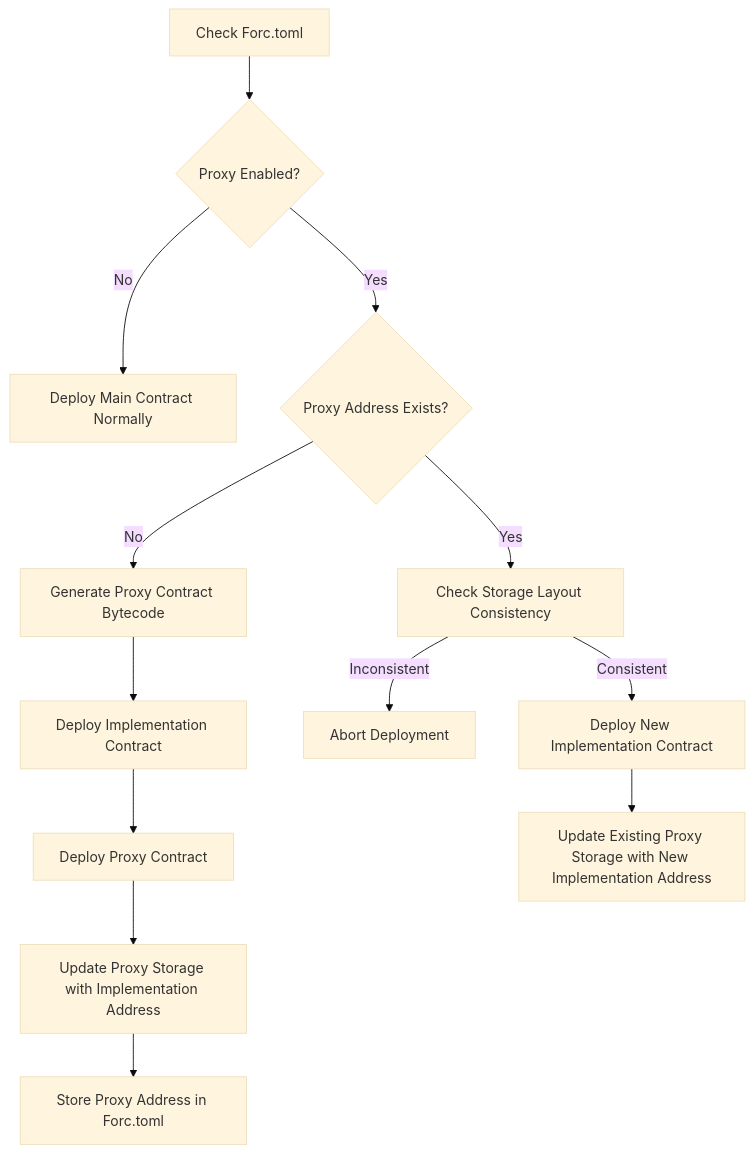
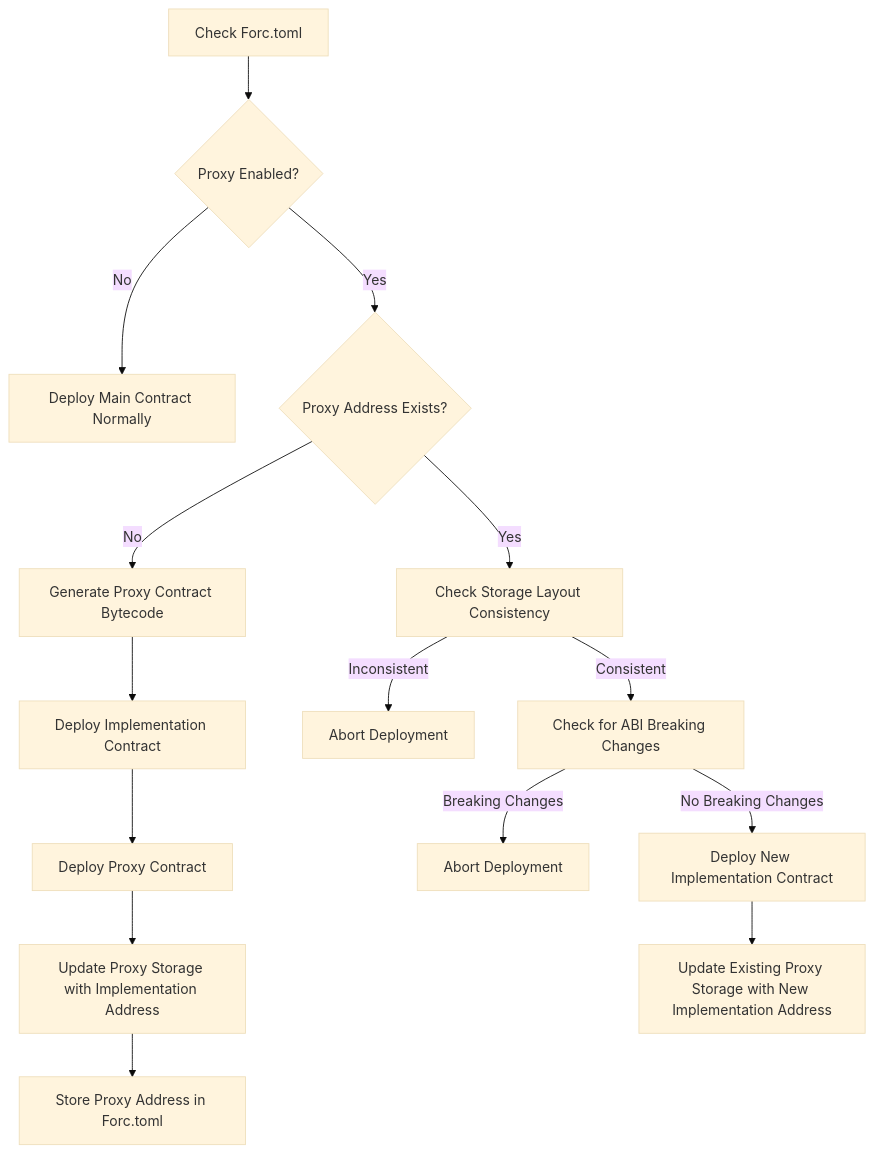
Before and after one commit to FuelLabs/sway-rfcs: the diagram in rfcs/0013-contract-proxies.md, drawn with Mermaid (base theme). The commit also changed other lines of this file, not shown here.

Commit message:
Check for breaking changes in the ABI

````diff
--- a/rfcs/0013-contract-proxies.md
+++ b/rfcs/0013-contract-proxies.md
@@ -57,15 +58,17 @@
 ```mermaid
 graph TD
     A[Check Forc.toml] --> B{Proxy Enabled?}
     B -- No --> C[Deploy Main Contract Normally]
     B -- Yes --> D{Proxy Address Exists?}
     D -- No --> E[Generate Proxy Contract Bytecode]
     E --> F[Deploy Implementation Contract]
     F --> G[Deploy Proxy Contract]
     G --> H[Update Proxy Storage with Implementation Address]
     H --> I[Store Proxy Address in Forc.toml]
     D -- Yes --> J[Check Storage Layout Consistency]
     J -- Inconsistent --> X[Abort Deployment]
-    J -- Consistent --> K[Deploy New Implementation Contract]
-    K --> L[Update Existing Proxy Storage with New Implementation Address]
+    J -- Consistent --> K[Check for ABI Breaking Changes]
+    K -- Breaking Changes --> Y[Abort Deployment]
+    K -- No Breaking Changes --> L[Deploy New Implementation Contract]
+    L --> M[Update Existing Proxy Storage with New Implementation Address]
 ```
````
